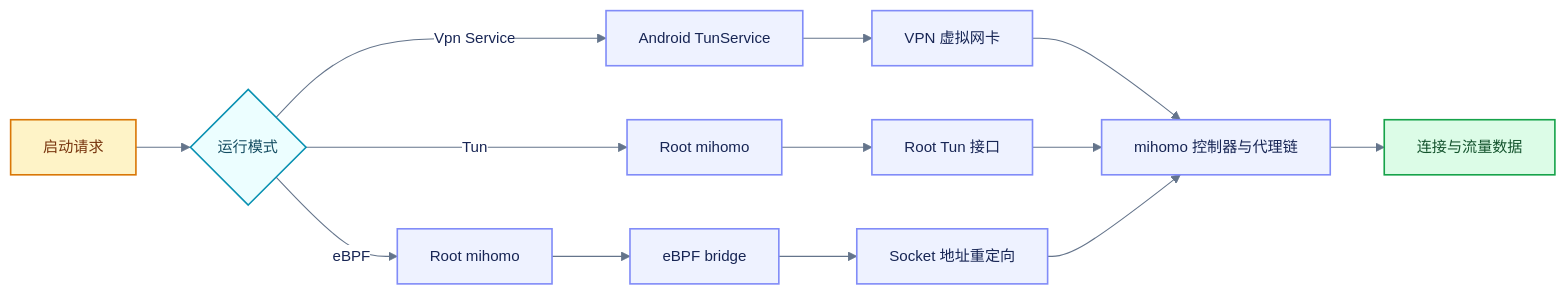
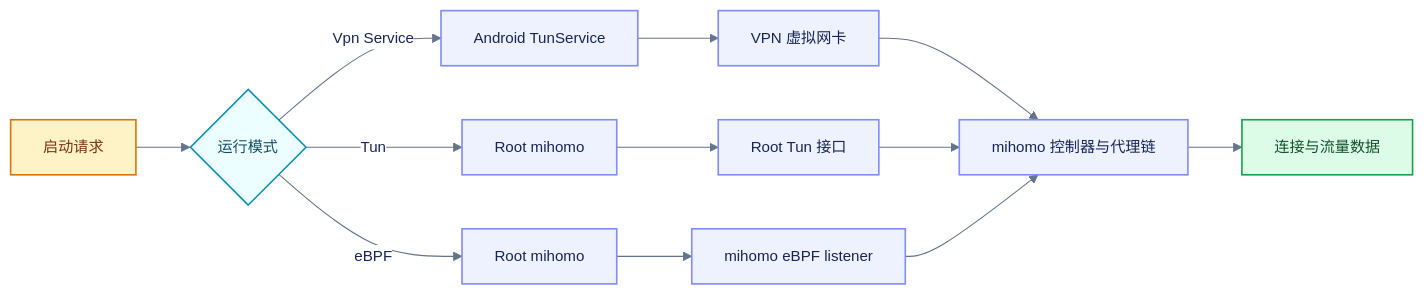
Before and after one commit to LM-Firefly/FlyCat: the third of 6 diagrams in website/en/guide/workflow.mdx, drawn with Mermaid. The commit also changed other lines of this file and 62 other files, not shown here.

````diff
--- a/website/en/guide/workflow.mdx
+++ b/website/en/guide/workflow.mdx
@@ -139,40 +139,39 @@
 ```mermaid
 ---
 config:
   theme: base
   themeVariables:
     fontFamily: "Ubuntu Sans, sans-serif"
     fontSize: "14px"
     primaryColor: "#eef2ff"
     primaryTextColor: "#172554"
     primaryBorderColor: "#818cf8"
     lineColor: "#64748b"
     secondaryColor: "#ecfeff"
     tertiaryColor: "#f8fafc"
     clusterBkg: "#f8fafc"
     clusterBorder: "#cbd5e1"
     edgeLabelBackground: "#ffffff"
 ---
 flowchart LR
     A[启动请求] --> B{运行模式}
     B -->|Vpn Service| C[Android TunService]
     B -->|Tun| D[Root mihomo]
     B -->|eBPF| E[Root mihomo]
     C --> F[VPN 虚拟网卡]
     D --> G[Root Tun 接口]
-    E --> H[eBPF bridge]
-    H --> I[Socket 地址重定向]
+    E --> H[mihomo eBPF listener]
     F --> J[mihomo 控制器与代理链]
     G --> J
-    I --> J
+    H --> J
     J --> K[连接与流量数据]
 
     classDef request fill:#fef3c7,stroke:#d97706,color:#78350f,stroke-width:1.5px;
     classDef mode fill:#ecfeff,stroke:#0891b2,color:#164e63,stroke-width:1.5px;
     classDef host fill:#eef2ff,stroke:#818cf8,color:#172554,stroke-width:1.5px;
     classDef data fill:#dcfce7,stroke:#16a34a,color:#14532d,stroke-width:1.5px;
     class A request;
     class B mode;
     class C,D,E,F,G,H,I,J host;
     class K data;
 ```
````
